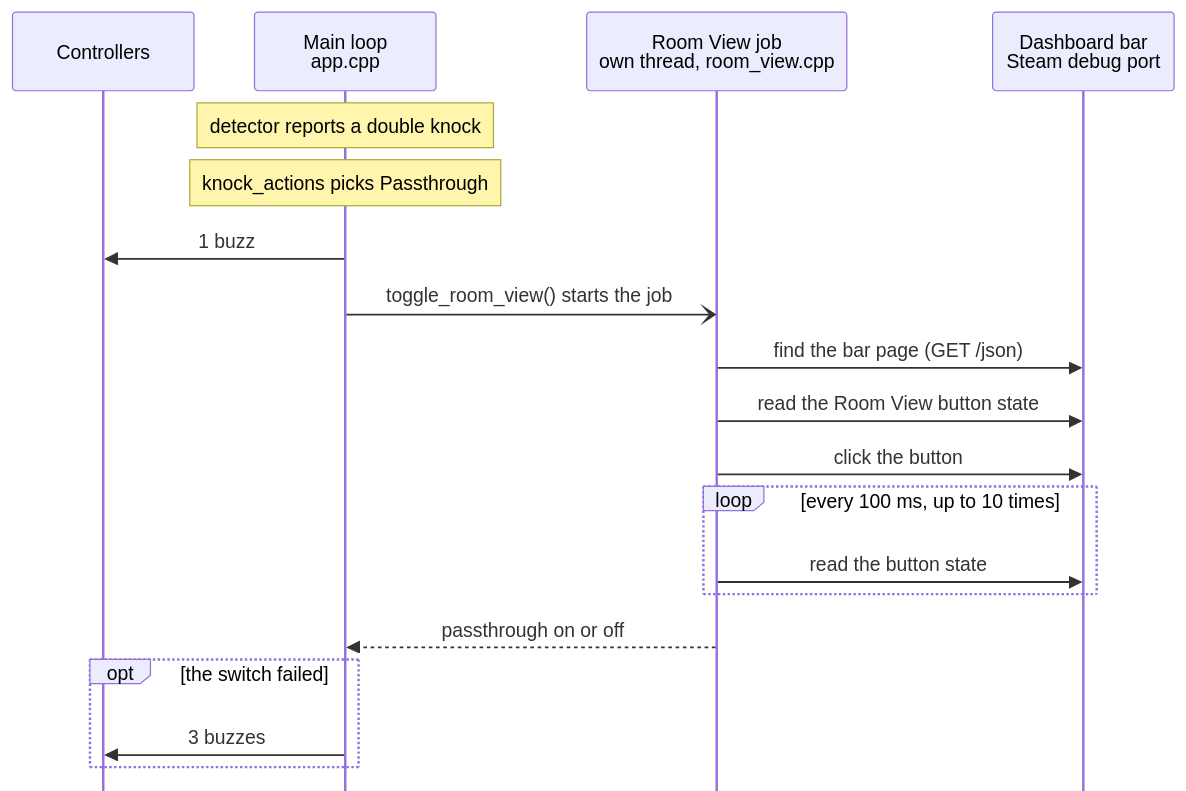
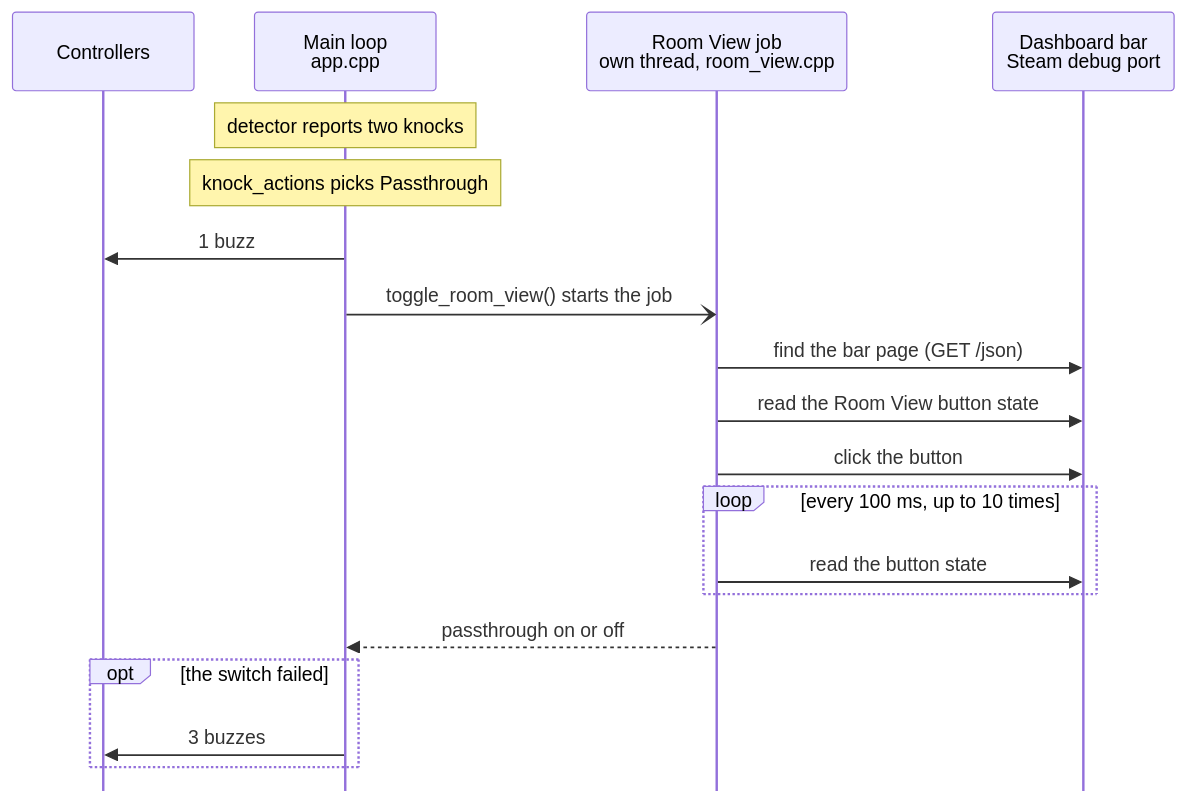
One commit to VioletTides/KnockThru changed the third of 3 diagrams in docs/how-the-app-works.md. Above: the diagram before and after it, drawn with Mermaid. The commit also changed other lines of this file and 11 other files, not shown here.

````diff
--- a/docs/how-the-app-works.md
+++ b/docs/how-the-app-works.md
@@ -60,25 +60,25 @@
 ```mermaid
 %%{init: {"sequence": {"mirrorActors": false}}}%%
 sequenceDiagram
-    accTitle: A double knock switches passthrough
+    accTitle: Knocking twice switches passthrough
     accDescr: The main loop buzzes once and starts the Room View job. The job finds the dashboard bar page, reads the Room View button, clicks it, and reads it again every 100 ms, up to 10 times, until it changes. If the switch fails, the main loop buzzes three times.
     participant C as Controllers
     participant M as Main loop<br/>app.cpp
     participant J as Room View job<br/>own thread, room_view.cpp
     participant B as Dashboard bar<br/>Steam debug port
 
-    Note over M: detector reports a double knock
+    Note over M: detector reports two knocks
     Note over M: knock_actions picks Passthrough
     M->>C: 1 buzz
     M-)J: toggle_room_view() starts the job
     J->>B: find the bar page (GET /json)
     J->>B: read the Room View button state
     J->>B: click the button
     loop every 100 ms, up to 10 times
         J->>B: read the button state
     end
     J-->>M: passthrough on or off
     opt the switch failed
         M->>C: 3 buzzes
     end
 ```
````
